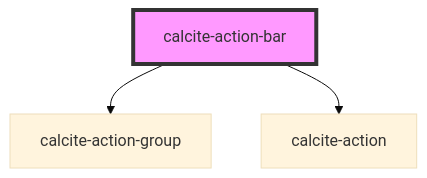
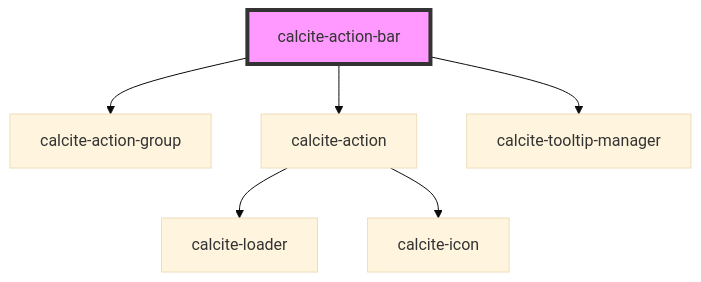
One commit to Esri/calcite-design-system changed the diagram in src/components/calcite-action-bar/readme.md. Above: the diagram before and after it, drawn with Mermaid (base theme). The commit also changed other lines of this file and 27 other files, not shown here.

````diff
--- a/src/components/calcite-action-bar/readme.md
+++ b/src/components/calcite-action-bar/readme.md
@@ -107,6 +108,9 @@
 ```mermaid
 graph TD;
   calcite-action-bar --> calcite-action-group
   calcite-action-bar --> calcite-action
+  calcite-action-bar --> calcite-tooltip-manager
+  calcite-action --> calcite-loader
+  calcite-action --> calcite-icon
   style calcite-action-bar fill:#f9f,stroke:#333,stroke-width:4px
 ```
````
